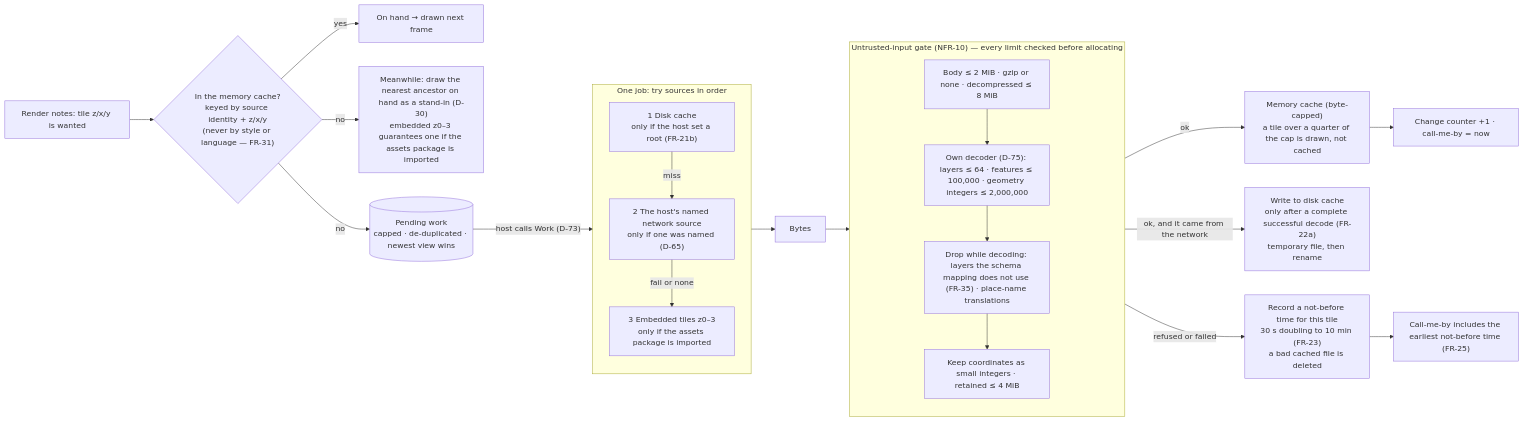
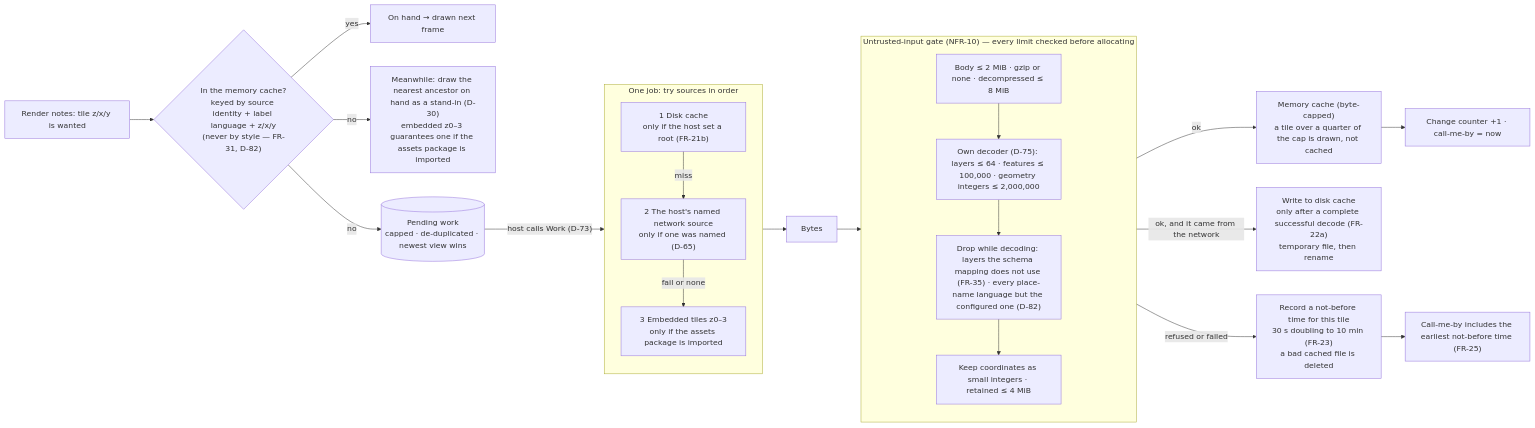
Before and after one commit to branden-thompson/go-tuimaps: the first of 3 diagrams in 06_docs/02_features/go-tuimaps/03-architecture-design/L2-tiles.md, drawn with Mermaid. The commit also changed other lines of this file and 6 other files, not shown here.

First line of the commit message:
docs(plan): ruling D-82 — one configured label language is kept, English by default

````diff
--- a/06_docs/02_features/go-tuimaps/03-architecture-design/L2-tiles.md
+++ b/06_docs/02_features/go-tuimaps/03-architecture-design/L2-tiles.md
@@ -9,31 +9,31 @@
 ```mermaid
 flowchart LR
-    NEED["Render notes: tile z/x/y is wanted"] --> MEM{"In the memory cache?<br/>keyed by source identity + z/x/y<br/>(never by style or language — FR-31)"}
+    NEED["Render notes: tile z/x/y is wanted"] --> MEM{"In the memory cache?<br/>keyed by source identity + label language + z/x/y<br/>(never by style — FR-31, D-82)"}
     MEM -- yes --> USE["On hand → drawn next frame"]
     MEM -- no --> ANC["Meanwhile: draw the nearest ancestor on hand as a stand-in (D-30)<br/>embedded z0–3 guarantees one if the assets package is imported"]
     MEM -- no --> Q[("Pending work<br/>capped · de-duplicated · newest view wins")]
     Q -- "host calls Work (D-73)" --> ORDER
 
     subgraph ORDER["One job: try sources in order"]
       direction TB
       S1["1 Disk cache<br/>only if the host set a root (FR-21b)"]
       S2["2 The host's named network source<br/>only if one was named (D-65)"]
       S3["3 Embedded tiles z0–3<br/>only if the assets package is imported"]
       S1 -- miss --> S2 -- "fail or none" --> S3
     end
 
     ORDER --> BYTES["Bytes"] --> GATE
     subgraph GATE["Untrusted-input gate (NFR-10) — every limit checked before allocating"]
       direction TB
       G1["Body ≤ 2 MiB · gzip or none · decompressed ≤ 8 MiB"]
       G2["Own decoder (D-75): layers ≤ 64 · features ≤ 100,000 · geometry integers ≤ 2,000,000"]
-      G3["Drop while decoding: layers the schema mapping does not use (FR-35) · place-name translations"]
+      G3["Drop while decoding: layers the schema mapping does not use (FR-35) · every place-name language but the configured one (D-82)"]
       G4["Keep coordinates as small integers · retained ≤ 4 MiB"]
       G1 --> G2 --> G3 --> G4
     end
     GATE -- "ok" --> STORE["Memory cache (byte-capped)<br/>a tile over a quarter of the cap is drawn, not cached"]
     GATE -- "ok, and it came from the network" --> WRITE["Write to disk cache<br/>only after a complete successful decode (FR-22a)<br/>temporary file, then rename"]
     GATE -- "refused or failed" --> FAIL["Record a not-before time for this tile<br/>30 s doubling to 10 min (FR-23)<br/>a bad cached file is deleted"]
     STORE --> BUMP["Change counter +1 · call-me-by = now"]
     FAIL --> DL["Call-me-by includes the earliest not-before time (FR-25)"]
 ```
````
